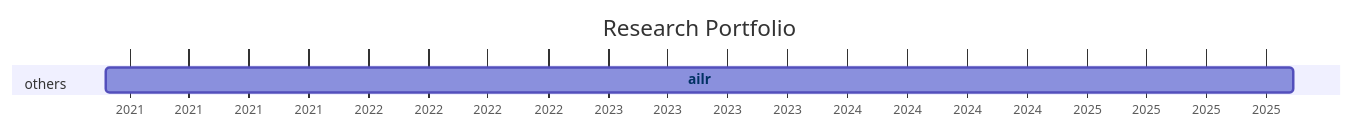
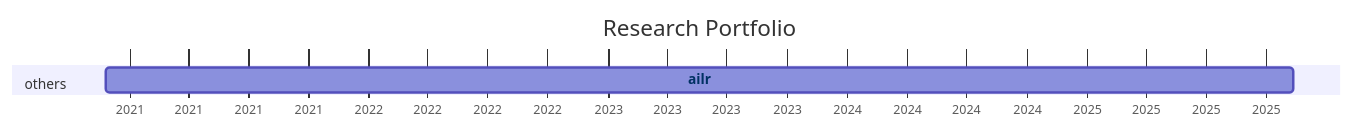
Before and after one commit to digital-work-lab/handbook: the diagram in docs/20-research/25-projects-gantt.md, drawn with Mermaid.

Commit message:
Update repository overview

````diff
--- a/docs/20-research/25-projects-gantt.md
+++ b/docs/20-research/25-projects-gantt.md
@@ -8,21 +8,21 @@
 ```mermaid
 ---
 displayMode: compact
 ---
 gantt
 title Research Portfolio
 dateFormat YYYY-MM-DD
 axisFormat %Y
 
     section work_practices
 
     section distributed_organizing
 
     section knowledge_synthesis
 
     section others
-        ailr :ailr, 2020-11-26, 2025-11-11
+        ailr :ailr, 2020-11-26, 2025-11-12
 
 
     click ailr href "{{ site.baseurl }}/docs/10-lab/18-resources/ailr.html"
 ```
````
